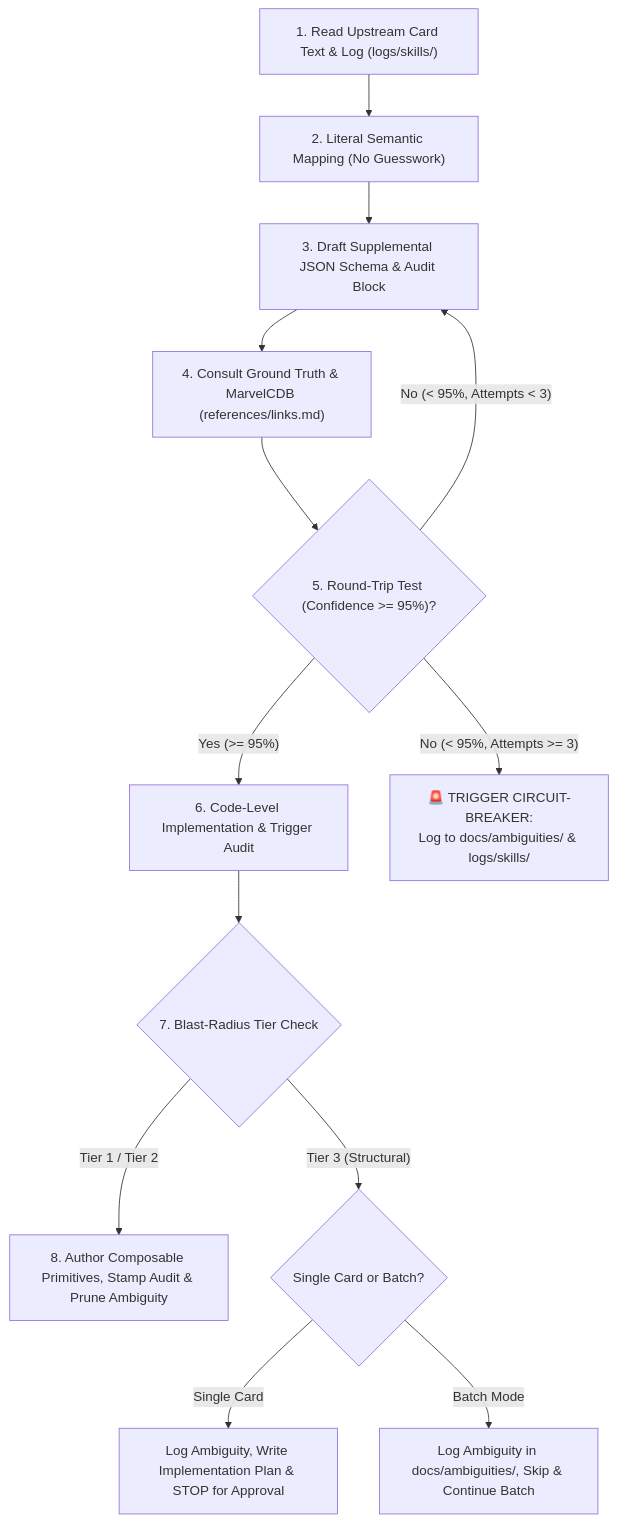
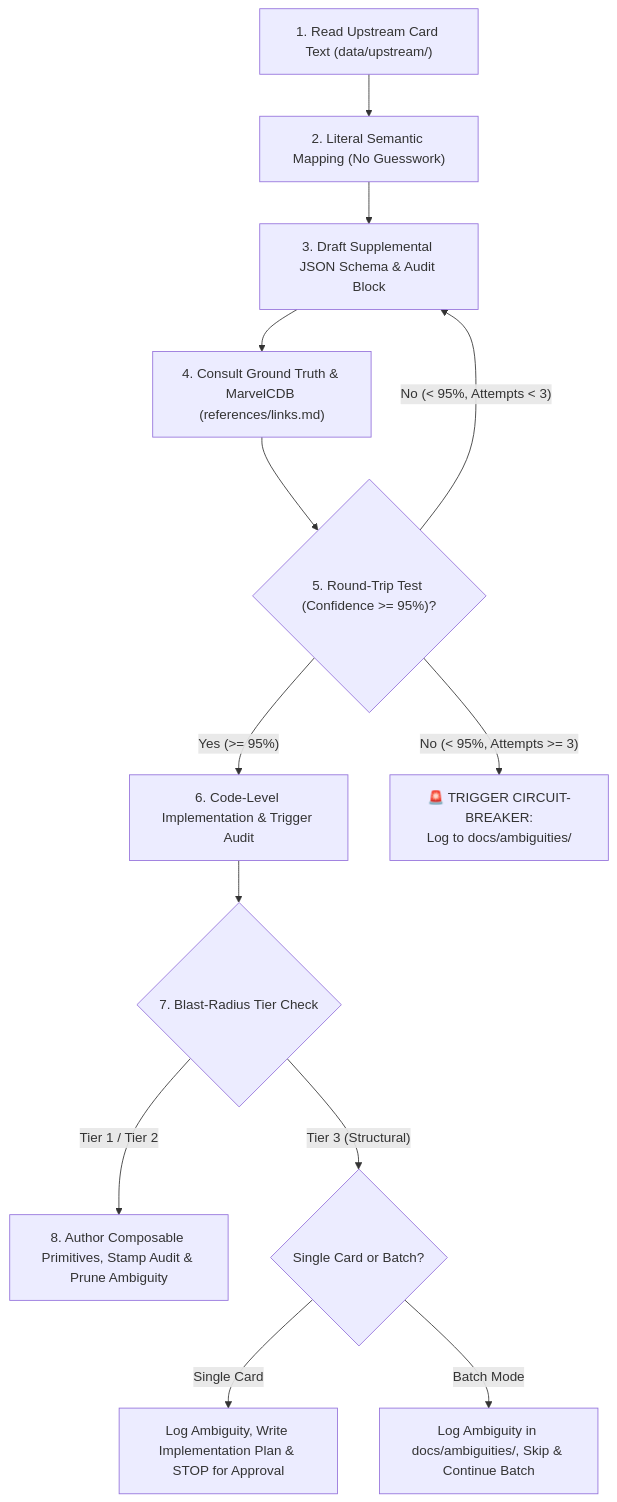
The diagram in docs/guidelines/card_integration_protocol.md (SteveRodrigue/MCD), drawn with Mermaid before and after one commit. The commit also changed other lines of this file and 10 other files, not shown here.

Commit message:
Removing logs/skills/ output

````diff
--- a/docs/guidelines/card_integration_protocol.md
+++ b/docs/guidelines/card_integration_protocol.md
@@ -59,16 +45,16 @@
 ```mermaid
 flowchart TD
-    S1["1. Read Upstream Card Text & Log (logs/skills/)"] --> S2["2. Literal Semantic Mapping (No Guesswork)"]
+    S1["1. Read Upstream Card Text (data/upstream/)"] --> S2["2. Literal Semantic Mapping (No Guesswork)"]
     S2 --> S3["3. Draft Supplemental JSON Schema & Audit Block"]
     S3 --> S4["4. Consult Ground Truth & MarvelCDB (references/links.md)"]
     S4 --> S5{"5. Round-Trip Test (Confidence >= 95%)?"}
     S5 -- "Yes (>= 95%)" --> S6["6. Code-Level Implementation & Trigger Audit"]
     S5 -- "No (< 95%, Attempts < 3)" --> S3
     S5 -- "No (< 95%, Attempts >= 3)" --> CB["🚨 TRIGGER CIRCUIT-BREAKER:
-Log to docs/ambiguities/ & logs/skills/"]
+Log to docs/ambiguities/"]
     S6 --> S7{"7. Blast-Radius Tier Check"}
     S7 -- "Tier 1 / Tier 2" --> S8["8. Author Composable Primitives, Stamp Audit & Prune Ambiguity"]
     S7 -- "Tier 3 (Structural)" --> T3{"Single Card or Batch?"}
     T3 -- "Single Card" --> T3S["Log Ambiguity, Write Implementation Plan & STOP for Approval"]
     T3 -- "Batch Mode" --> T3B["Log Ambiguity in docs/ambiguities/, Skip & Continue Batch"]
 ```
````
